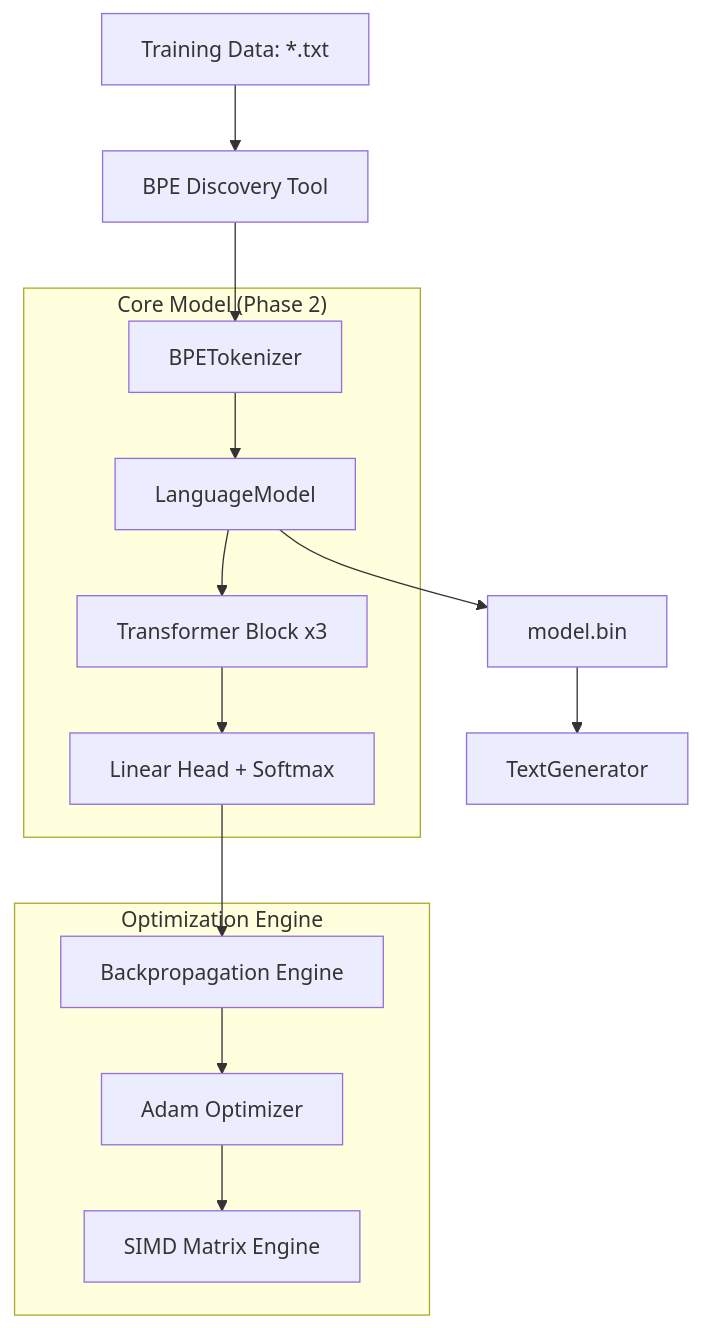
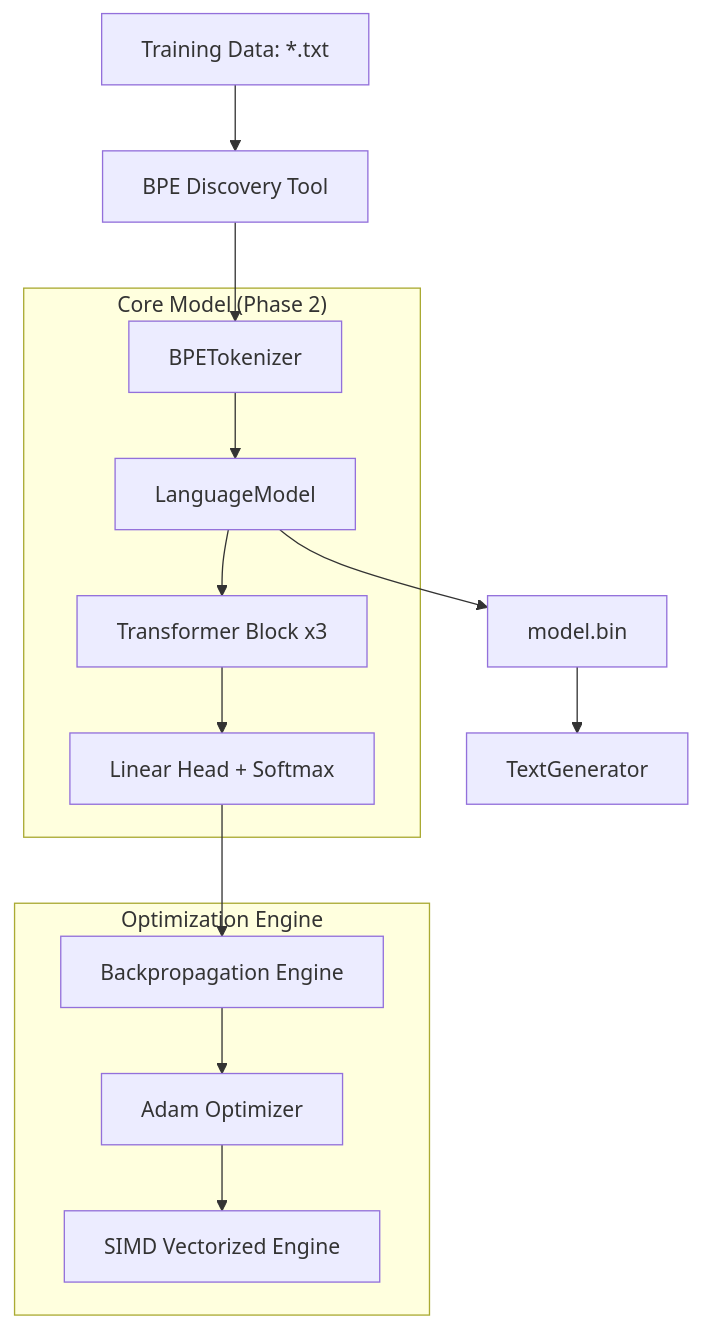
One commit to markvasey/mystuff changed the diagram in LearnAI-Words/README.md. Above: the diagram before and after it, drawn with Mermaid. The commit also changed other lines of this file and 3 other files, not shown here.

````diff
--- a/LearnAI-Words/README.md
+++ b/LearnAI-Words/README.md
@@ -46,20 +45,20 @@
 ```mermaid
 graph TD
     Data[Training Data: *.txt] --> BPE[BPE Discovery Tool]
     BPE --> Tokenizer[BPETokenizer]
     
     subgraph "Core Model (Phase 2)"
         Tokenizer --> LM[LanguageModel]
         LM --> Block[Transformer Block x3]
         Block --> Head[Linear Head + Softmax]
     end
     
     subgraph "Optimization Engine"
         Head --> Backprop[Backpropagation Engine]
         Backprop --> Adam[Adam Optimizer]
-        Adam --> Matrix[SIMD Matrix Engine]
+        Adam --> Matrix[SIMD Vectorized Engine]
     end
     
     LM --> Persistence[model.bin]
     Persistence --> Generator[TextGenerator]
 ```
````
